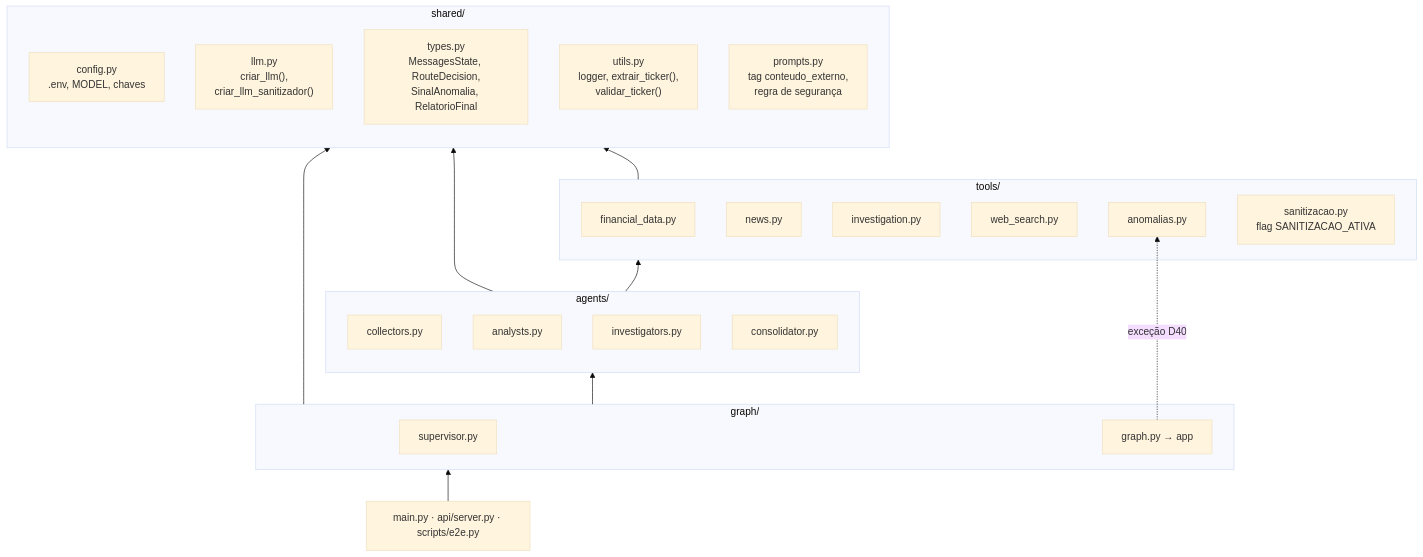
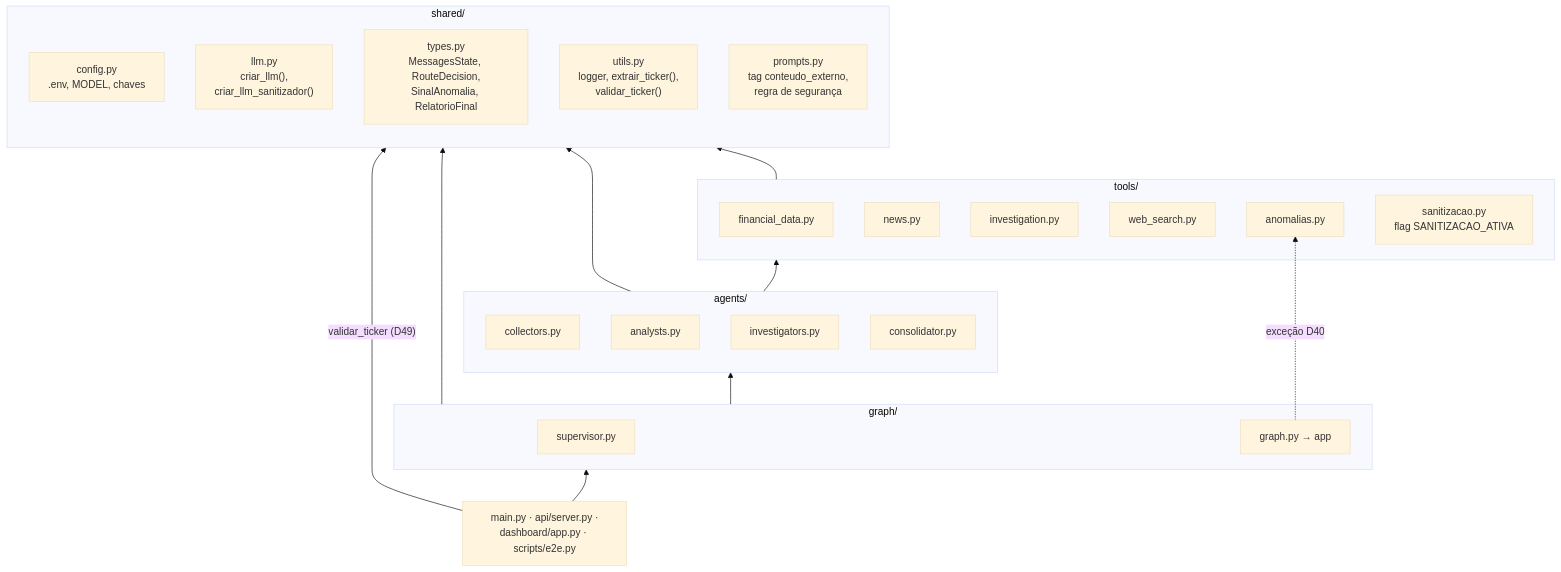
The fourth of 5 diagrams in docs/arquitetura.md (igorc22/pipeline-inteligencia-financeira-b3), drawn with Mermaid (base theme) before and after one commit. The commit also changed 4 other files, not shown here.

````diff
--- a/docs/arquitetura.md
+++ b/docs/arquitetura.md
@@ -140,41 +140,42 @@
 ```mermaid
 flowchart BT
     subgraph C_SHARED["shared/"]
         CFG["config.py<br/>.env, MODEL, chaves"]
         LLMF["llm.py<br/>criar_llm(),<br/>criar_llm_sanitizador()"]
         TYP["types.py<br/>MessagesState, RouteDecision,<br/>SinalAnomalia, RelatorioFinal"]
         UTL["utils.py<br/>logger, extrair_ticker(),<br/>validar_ticker()"]
         PRM["prompts.py<br/>tag conteudo_externo,<br/>regra de segurança"]
     end
 
     subgraph C_TOOLS["tools/"]
         FD["financial_data.py"]
         NW["news.py"]
         INVT["investigation.py"]
         WS["web_search.py"]
         ANO["anomalias.py"]
         SAN["sanitizacao.py<br/>flag SANITIZACAO_ATIVA"]
     end
 
     subgraph C_AGENTS["agents/"]
         COL["collectors.py"]
         ANL["analysts.py"]
         INVA["investigators.py"]
         CONS["consolidator.py"]
     end
 
     subgraph C_GRAPH["graph/"]
         SUP["supervisor.py"]
         GR["graph.py → app"]
     end
 
-    ENTRY["main.py · api/server.py · scripts/e2e.py"]
+    ENTRY["main.py · api/server.py ·<br/>dashboard/app.py · scripts/e2e.py"]
 
     C_TOOLS --> C_SHARED
     C_AGENTS --> C_TOOLS
     C_AGENTS --> C_SHARED
     C_GRAPH --> C_AGENTS
     C_GRAPH --> C_SHARED
     GR -.->|"exceção D40"| ANO
     ENTRY --> C_GRAPH
+    ENTRY -->|"validar_ticker (D49)"| C_SHARED
 ```
````
